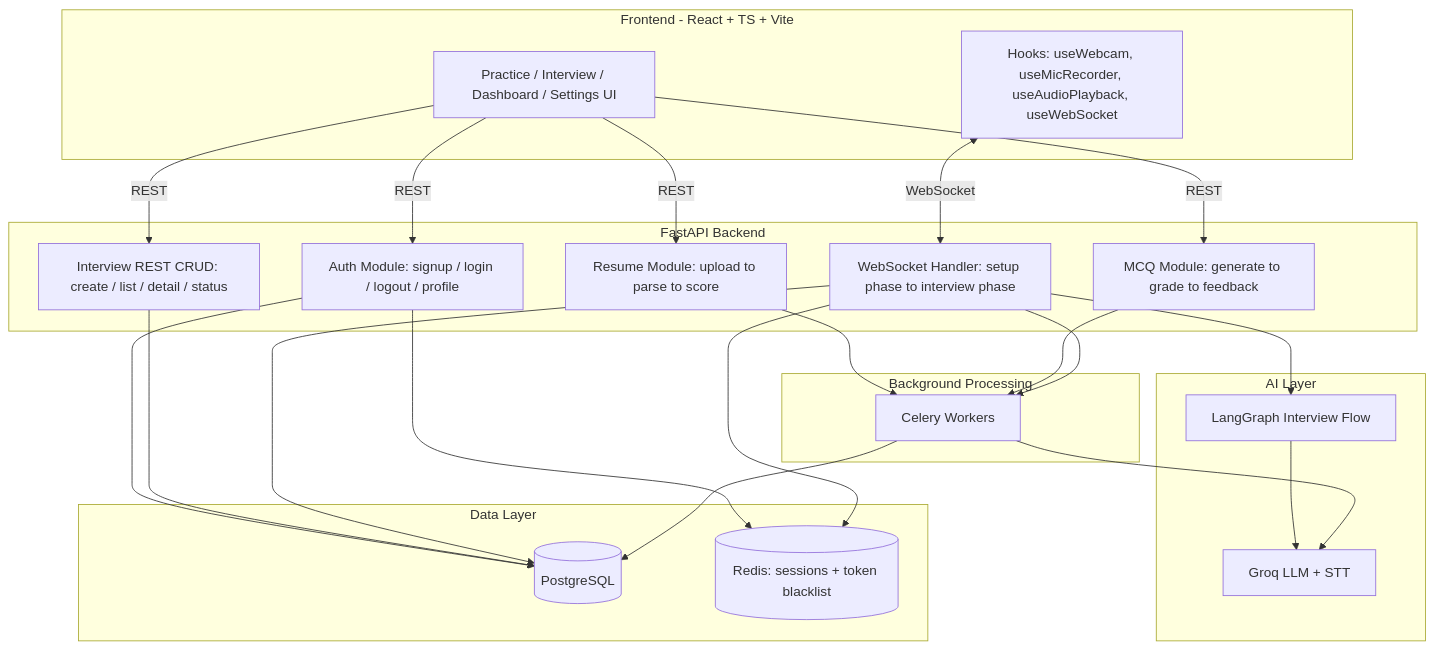
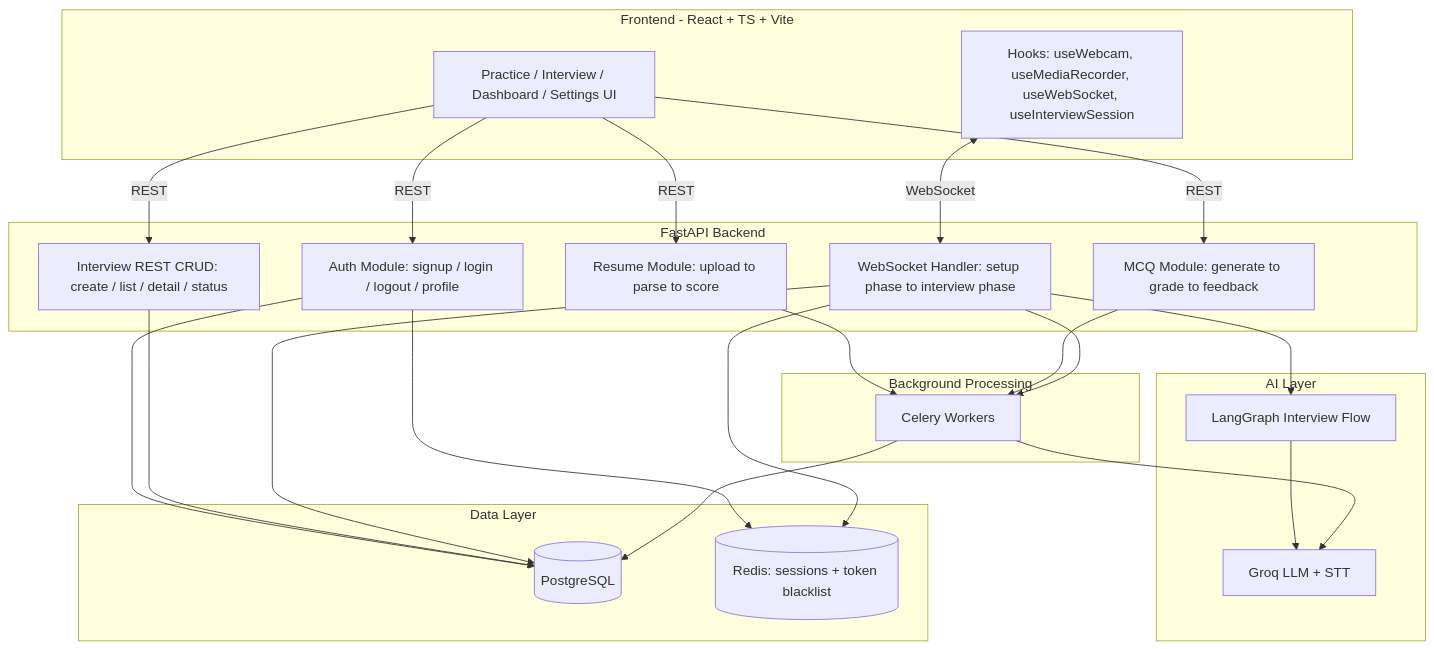
Before and after one commit to muralikrishna1729/InterviewPrepGenie: the first of 2 diagrams in README.md, drawn with Mermaid. The commit also changed other lines of this file and 39 other files, not shown here.

````diff
--- a/README.md
+++ b/README.md
@@ -61,50 +61,50 @@
 ```mermaid
 flowchart TB
     subgraph Client["Frontend - React + TS + Vite"]
         UI[Practice / Interview / Dashboard / Settings UI]
-        Hooks["Hooks: useWebcam, useMicRecorder, useAudioPlayback, useWebSocket"]
+        Hooks["Hooks: useWebcam, useMediaRecorder, useWebSocket, useInterviewSession"]
     end
 
     subgraph API["FastAPI Backend"]
         Auth[Auth Module: signup / login / logout / profile]
         InterviewCRUD[Interview REST CRUD: create / list / detail / status]
         WS[WebSocket Handler: setup phase to interview phase]
         Resume[Resume Module: upload to parse to score]
         MCQ[MCQ Module: generate to grade to feedback]
     end
 
     subgraph Async["Background Processing"]
         Celery[Celery Workers]
     end
 
     subgraph AI["AI Layer"]
         LangGraph[LangGraph Interview Flow]
         Groq[Groq LLM + STT]
     end
 
     subgraph Data["Data Layer"]
         Postgres[(PostgreSQL)]
         RedisDB[(Redis: sessions + token blacklist)]
     end
 
     UI -->|REST| Auth
     UI -->|REST| InterviewCRUD
     UI -->|REST| Resume
     UI -->|REST| MCQ
     Hooks <-->|WebSocket| WS
 
     WS --> LangGraph
     LangGraph --> Groq
 
     Resume --> Celery
     MCQ --> Celery
     WS --> Celery
 
     Auth --> Postgres
     Auth --> RedisDB
     InterviewCRUD --> Postgres
     WS --> RedisDB
     WS --> Postgres
     Celery --> Postgres
     Celery --> Groq
 ```
````
